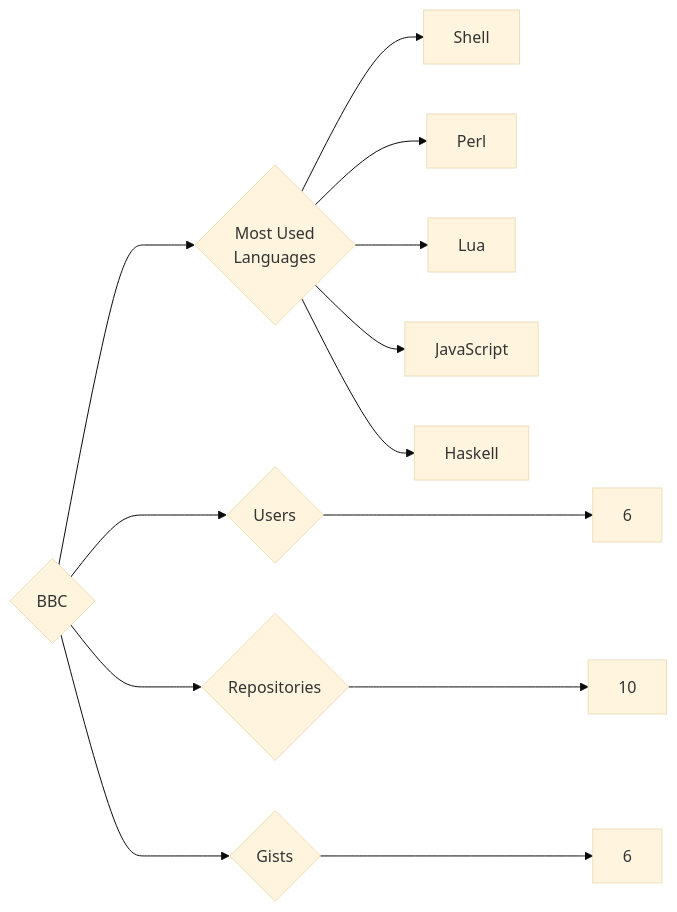
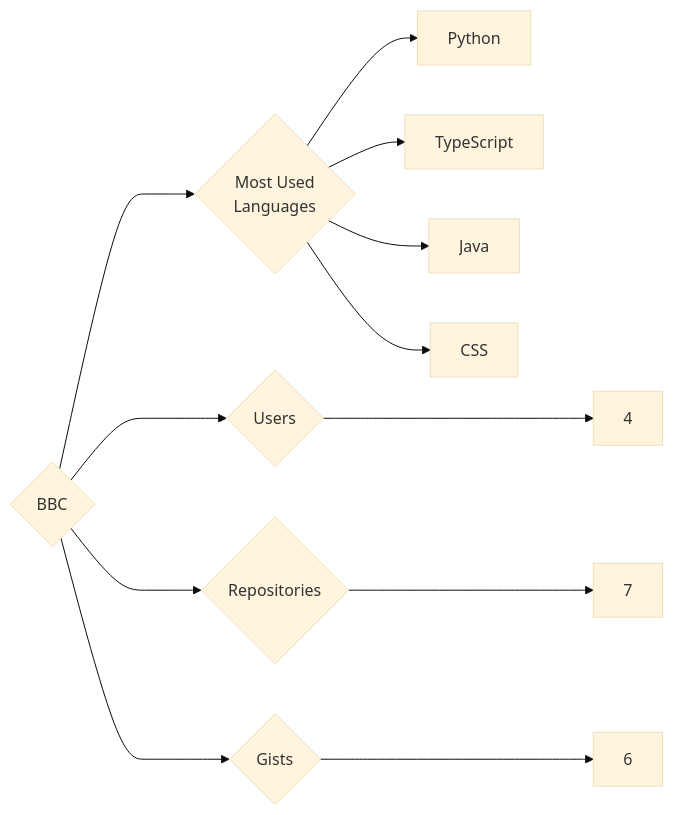
The diagram in targets/BBC/README.md (trickest/insiders), drawn with Mermaid (base theme) before and after one commit. The commit also changed 776 other files, not shown here.

````diff
--- a/targets/BBC/README.md
+++ b/targets/BBC/README.md
@@ -3,13 +3,12 @@
 ```mermaid
 graph LR
 COMPANY_NAME{BBC}
-COMPANY_NAME ---> U{Users} ---> UN[6]
-COMPANY_NAME ---> R{Repositories} ---> RN[10]
+COMPANY_NAME ---> U{Users} ---> UN[4]
+COMPANY_NAME ---> R{Repositories} ---> RN[7]
 COMPANY_NAME ---> G{Gists} ---> GN[6]
 COMPANY_NAME ---> ML{Most Used<br>Languages}
-ML --> Shell[Shell]
-ML --> Perl[Perl]
-ML --> Lua[Lua]
-ML --> JavaScript[JavaScript]
-ML --> Haskell[Haskell]
+ML --> Python[Python]
+ML --> TypeScript[TypeScript]
+ML --> Java[Java]
+ML --> CSS[CSS]
 ```
````
